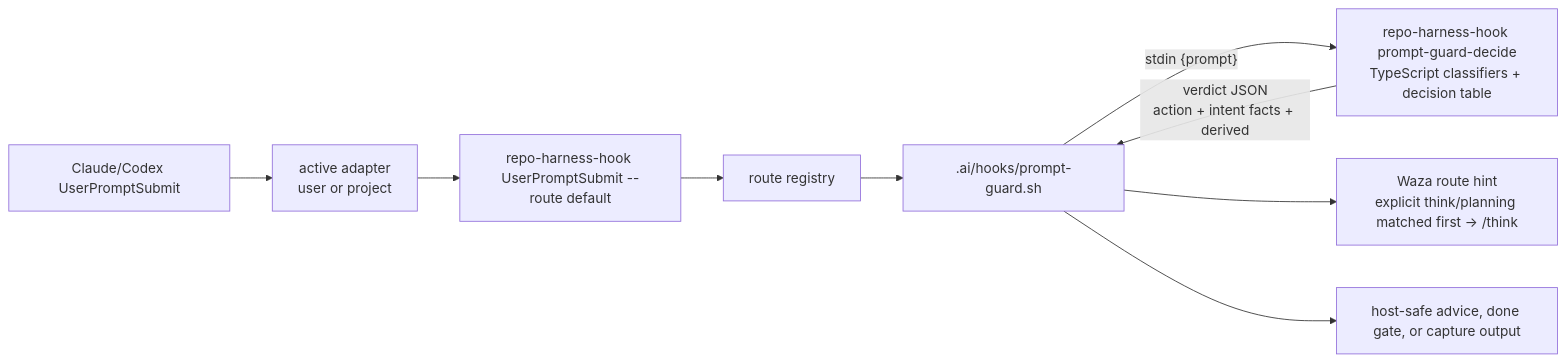
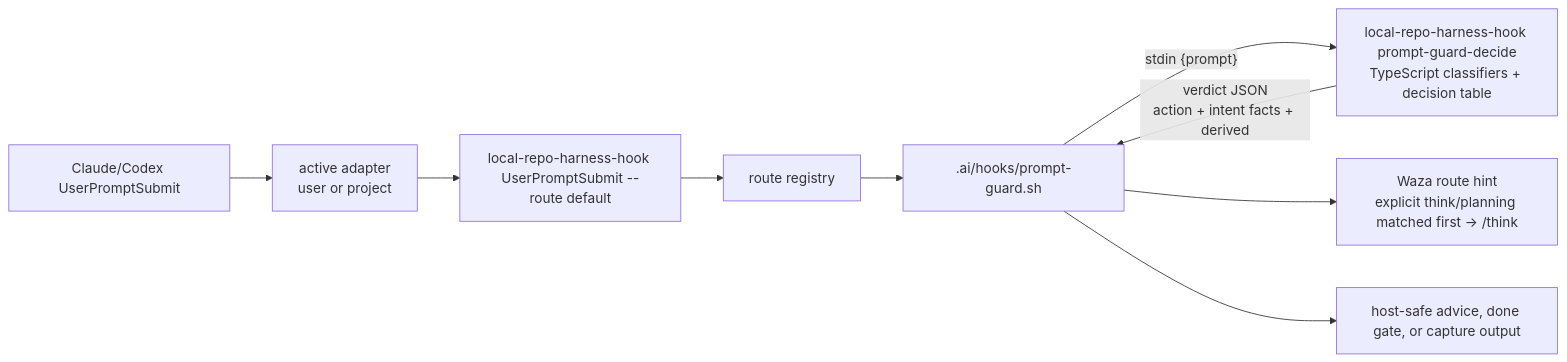
Before and after one commit to automann/local-repo-harness: the third of 3 diagrams in README.md, drawn with Mermaid. The commit also changed other lines of this file and 91 other files, not shown here.

Commit message:
Remove legacy repo-harness CLI aliases

````diff
--- a/README.md
+++ b/README.md
@@ -471,11 +471,11 @@
 ```mermaid
 flowchart LR
   Host["Claude/Codex UserPromptSubmit"] --> Adapter["active adapter<br/>user or project"]
-  Adapter --> CLI["repo-harness-hook UserPromptSubmit --route default"]
+  Adapter --> CLI["local-repo-harness-hook UserPromptSubmit --route default"]
   CLI --> Route["route registry"]
   Route --> Shell[".ai/hooks/prompt-guard.sh"]
-  Shell -->|"stdin {prompt}"| Decision["repo-harness-hook prompt-guard-decide<br/>TypeScript classifiers + decision table"]
+  Shell -->|"stdin {prompt}"| Decision["local-repo-harness-hook prompt-guard-decide<br/>TypeScript classifiers + decision table"]
   Decision -->|"verdict JSON<br/>action + intent facts + derived"| Shell
   Shell --> RouteHint["Waza route hint<br/>explicit think/planning matched first → /think"]
   Shell --> HostOutput["host-safe advice, done gate, or capture output"]
 ```
````
